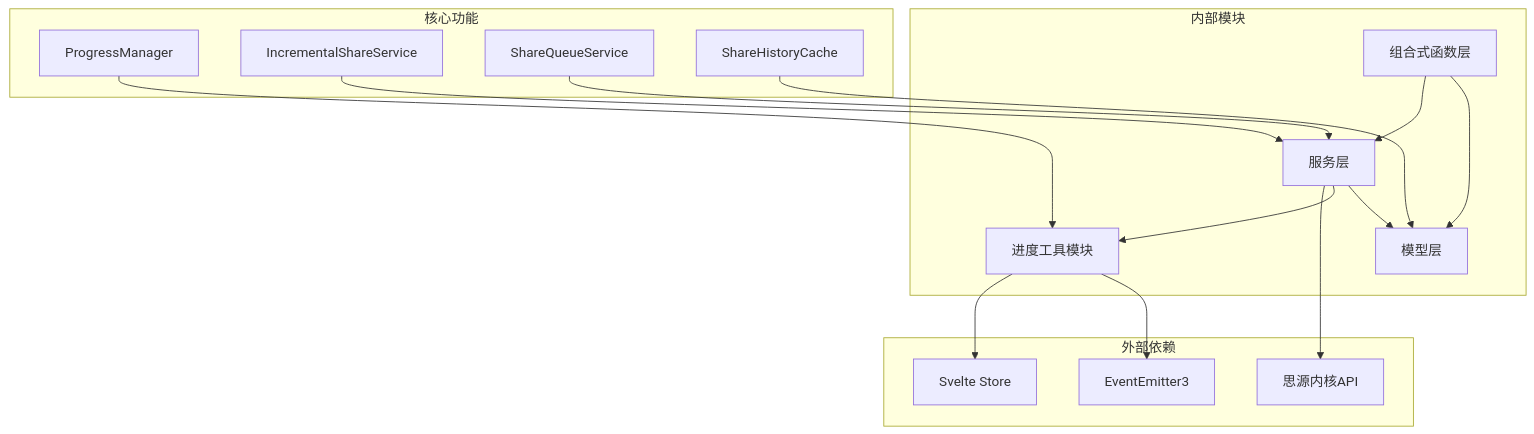
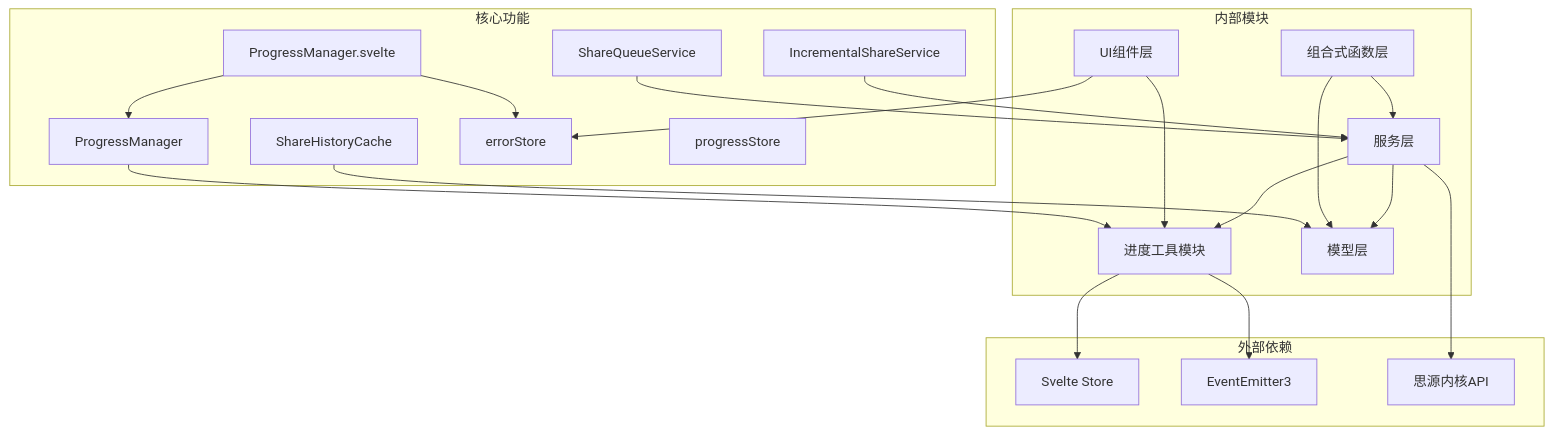
Before and after one commit to terwerinc/siyuan-plugin-share-pro: the ninth of 9 diagrams in .qoder/repowiki/zh/content/Progress Management Enhancements.md, drawn with Mermaid. The commit also changed other lines of this file and 8 other files, not shown here.

Commit message:
docs(Progress): improve state and error handling in ProgressManager.svelte

````diff
--- a/.qoder/repowiki/zh/content/Progress Management Enhancements.md
+++ b/.qoder/repowiki/zh/content/Progress Management Enhancements.md
@@ -321,31 +507,39 @@
 ```mermaid
 graph TB
 subgraph "外部依赖"
 Svelte[Svelte Store]
 EventEmitter[EventEmitter3]
 SiyuanAPI[思源内核API]
 end
 subgraph "内部模块"
 ProgressUtils[进度工具模块]
 ServiceLayer[服务层]
 ModelLayer[模型层]
 ComposableLayer[组合式函数层]
+UIComponents[UI组件层]
 end
 subgraph "核心功能"
 PM[ProgressManager]
+PMSvelte[ProgressManager.svelte]
 ISS[IncrementalShareService]
 SQS[ShareQueueService]
 SHC[ShareHistoryCache]
+EStore[errorStore]
+PStore[progressStore]
 end
 ProgressUtils --> Svelte
 ProgressUtils --> EventEmitter
 ServiceLayer --> SiyuanAPI
 ServiceLayer --> ProgressUtils
 ServiceLayer --> ModelLayer
 ComposableLayer --> ServiceLayer
 ComposableLayer --> ModelLayer
+UIComponents --> ProgressUtils
+UIComponents --> EStore
 PM --> ProgressUtils
+PMSvelte --> PM
+PMSvelte --> EStore
 ISS --> ServiceLayer
 SQS --> ServiceLayer
 SHC --> ModelLayer
 ```
````
